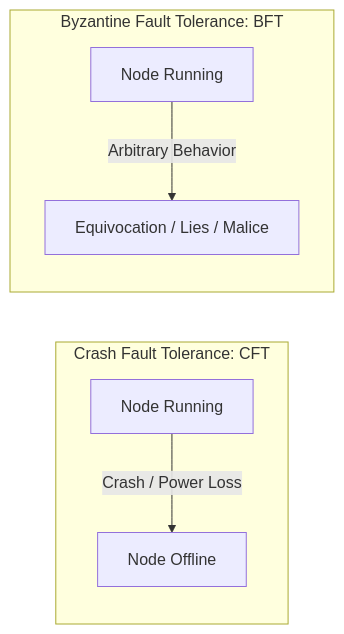
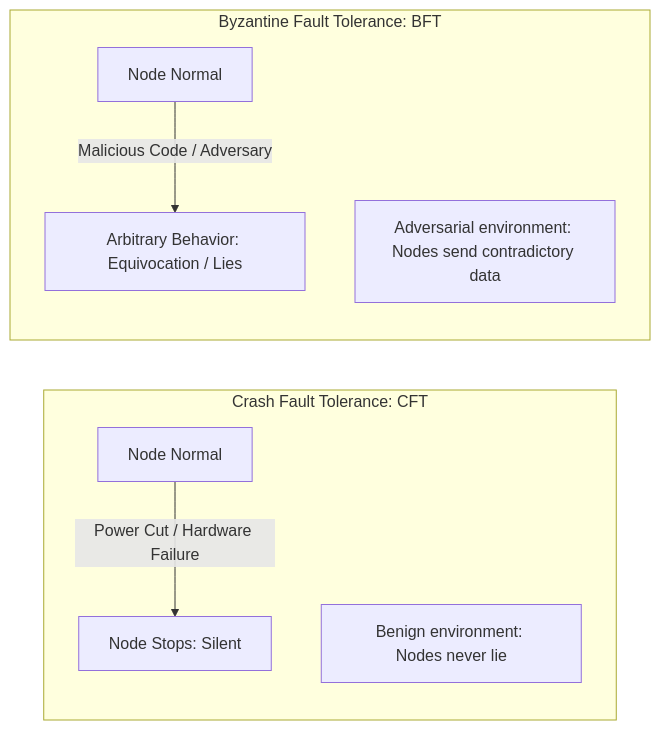
The second of 5 diagrams in docs/learn/fundamentals/03-consensus-and-game-theory/01-byzantine-generals-problem.md (ub-society/modules), drawn with Mermaid before and after one commit. The commit also changed other lines of this file and 3 other files, not shown here.

````diff
--- a/docs/learn/fundamentals/03-consensus-and-game-theory/01-byzantine-generals-problem.md
+++ b/docs/learn/fundamentals/03-consensus-and-game-theory/01-byzantine-generals-problem.md
@@ -39,10 +58,12 @@
 ```mermaid
 flowchart LR
     subgraph Crash Fault Tolerance: CFT
-        A1[Node Running] -->|Crash / Power Loss| A2[Node Offline]
+        C1[Node Normal] -->|Power Cut / Hardware Failure| C2[Node Stops: Silent]
+        Note1["Benign environment: Nodes never lie"]
     end
 
     subgraph Byzantine Fault Tolerance: BFT
-        B1[Node Running] -->|Arbitrary Behavior| B2[Equivocation / Lies / Malice]
+        B1[Node Normal] -->|Malicious Code / Adversary| B2[Arbitrary Behavior: Equivocation / Lies]
+        Note2["Adversarial environment: Nodes send contradictory data"]
     end
 ```
````
